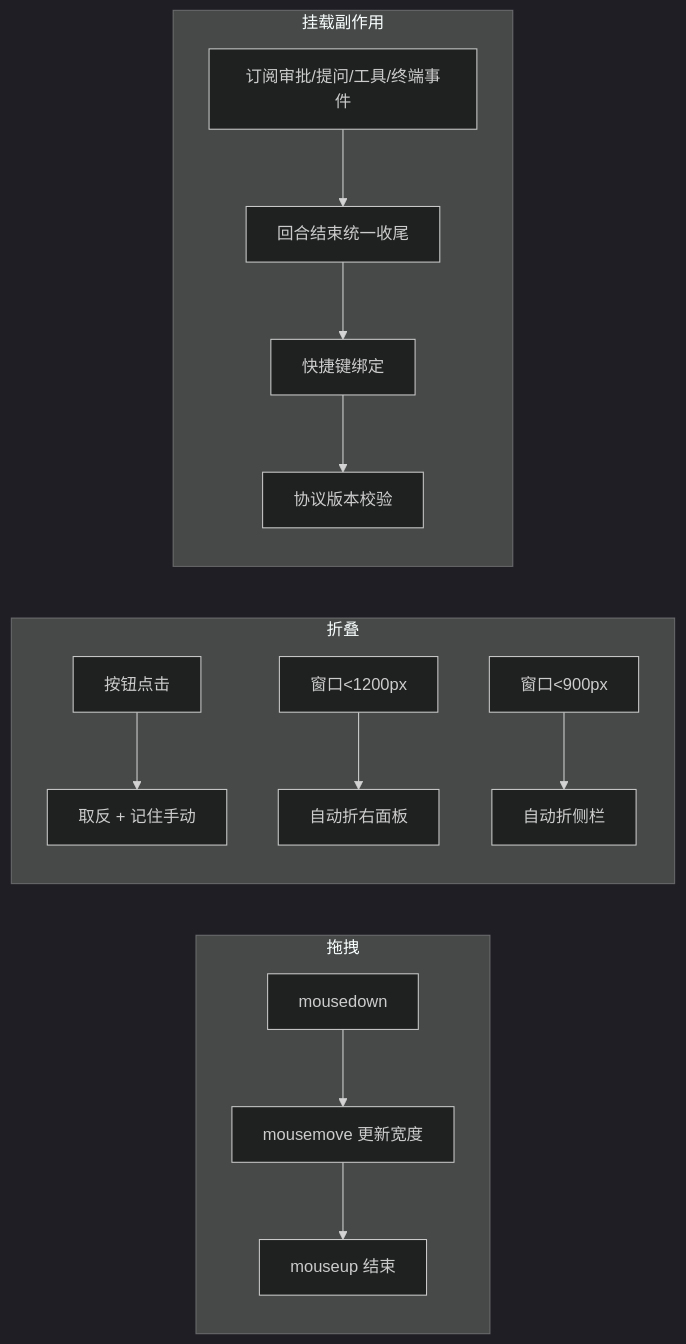
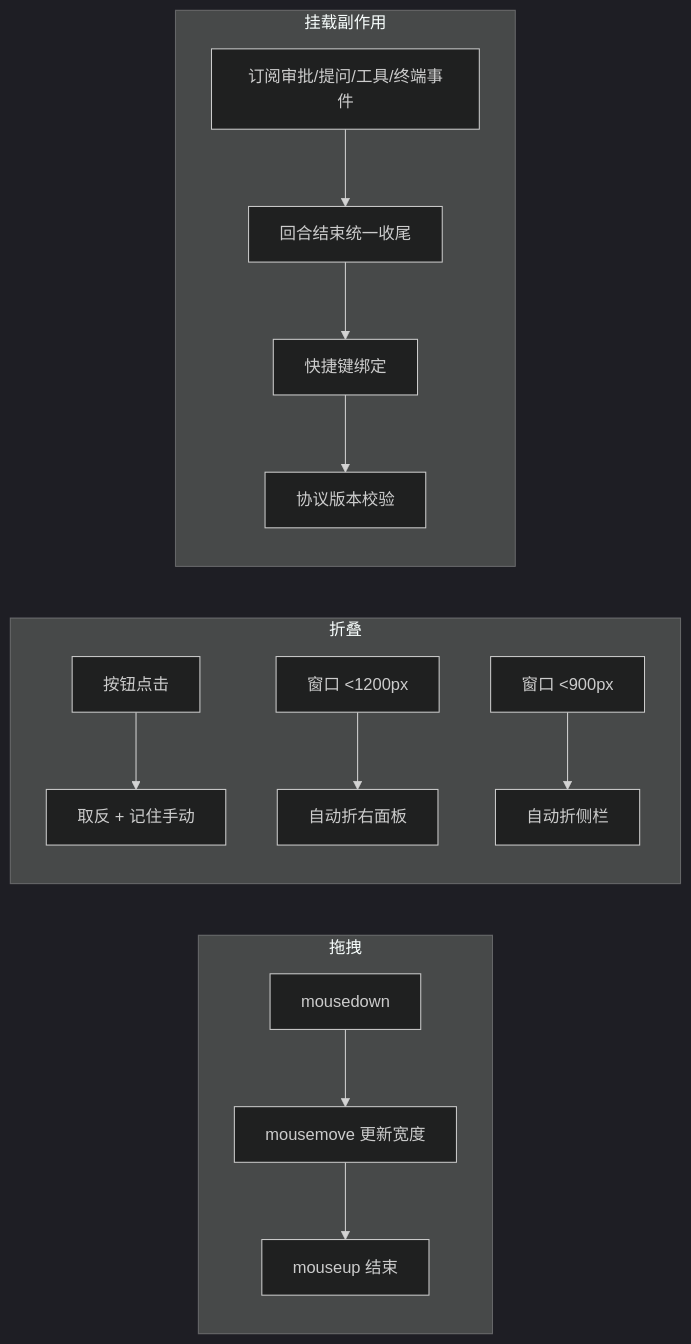
Before and after one commit to zlh12331/superagent: the eighth of 21 diagrams in docs/design/09-ux-interaction-spec.md, drawn with Mermaid (dark theme). The commit also changed other lines of this file, not shown here.

Commit message:
docs: fix mermaid syntax (escape angle brackets, subgraph ids, state transitions)

````diff
--- a/docs/design/09-ux-interaction-spec.md
+++ b/docs/design/09-ux-interaction-spec.md
@@ -341,14 +341,14 @@
 ```mermaid
 flowchart LR
-  subgraph 拖拽
+  subgraph drag[拖拽]
     D1[mousedown] --> D2[mousemove 更新宽度] --> D3[mouseup 结束]
   end
-  subgraph 折叠
+  subgraph collapse[折叠]
     C1[按钮点击] --> C2[取反 + 记住手动]
-    C3[窗口<1200px] --> C4[自动折右面板]
-    C5[窗口<900px] --> C6[自动折侧栏]
+    C3["窗口 <1200px"] --> C4[自动折右面板]
+    C5["窗口 <900px"] --> C6[自动折侧栏]
   end
-  subgraph 挂载副作用
+  subgraph mount[挂载副作用]
     G1[订阅审批/提问/工具/终端事件] --> G2[回合结束统一收尾] --> G3[快捷键绑定] --> G4[协议版本校验]
   end
 ```
````
